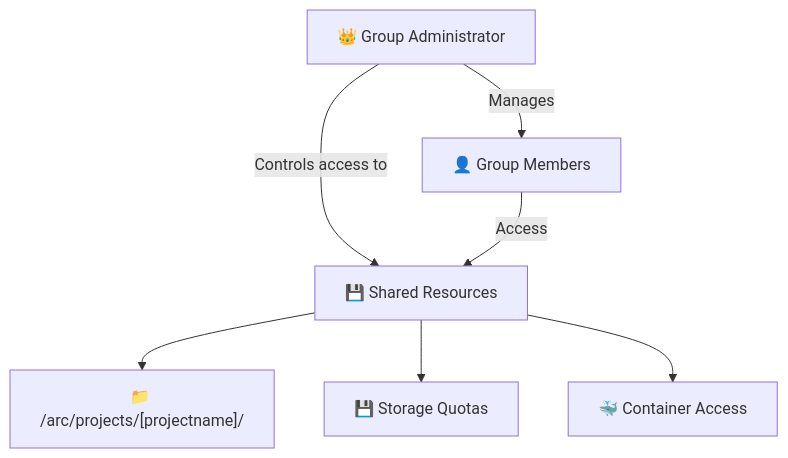
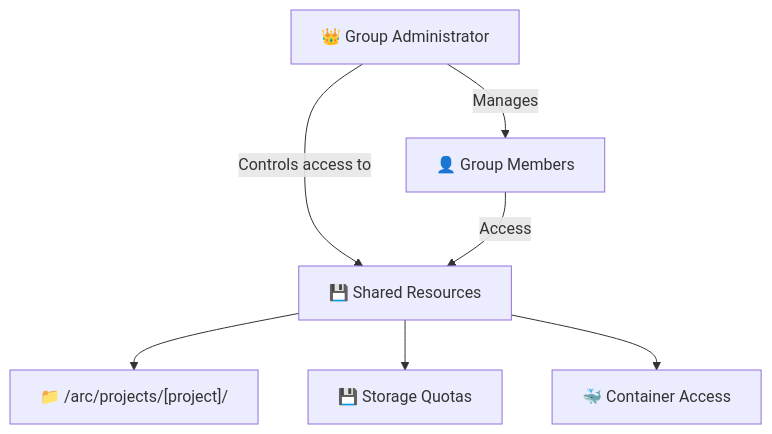
The diagram in docs/platform/accounts.md (opencadc/canfar), drawn with Mermaid before and after one commit. The commit also changed other lines of this file, not shown here.

````diff
--- a/docs/platform/accounts.md
+++ b/docs/platform/accounts.md
@@ -31,14 +32,14 @@
 ```mermaid
 graph TD
     Admin["👑 Group Administrator"]
     Members["👤 Group Members"]
     Resources["💾 Shared Resources"]
     
     Admin --> |"Manages"| Members
     Admin --> |"Controls access to"| Resources
     Members --> |"Access"| Resources
     
-    Resources --> Projects["📁 /arc/projects/[projectname]/"]
+    Resources --> Projects["📁 /arc/projects/[project]/"]
     Resources --> Storage["💾 Storage Quotas"]
     Resources --> Containers["🐳 Container Access"]
 ```
````
